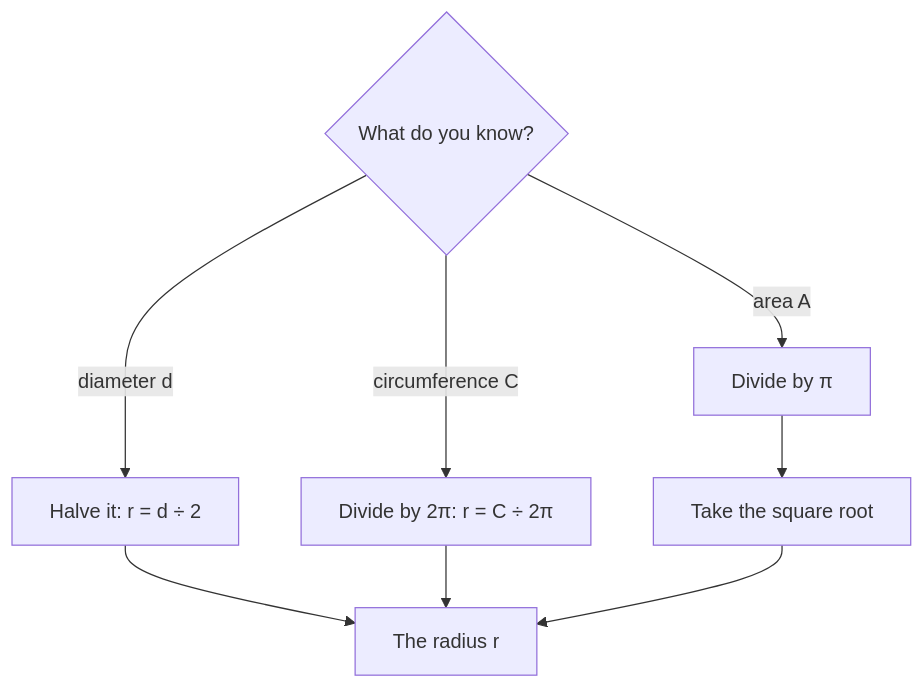
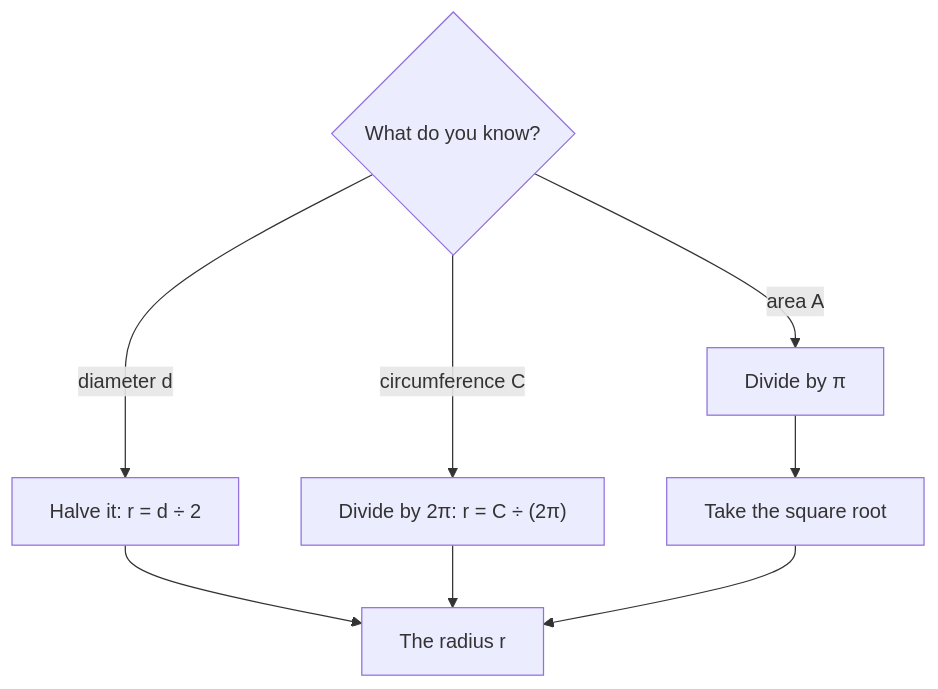
The diagram in content/math/prealgebra/lessons/33-circles.md (Aziliz/erudior), drawn with Mermaid before and after one commit. The commit also changed 107 other files, not shown here.

````diff
--- a/content/math/prealgebra/lessons/33-circles.md
+++ b/content/math/prealgebra/lessons/33-circles.md
@@ -98,12 +98,12 @@
 ```mermaid
 flowchart TD
   accTitle: Finding the radius from what you know
   accDescr: If you know the diameter, halve it to get the radius. If you know the circumference, divide it by 2 pi. If you know the area, divide it by pi and then take the square root. Every path ends with the radius.
   Q{"What do you know?"}
   Q -- "diameter d" --> D["Halve it: r = d ÷ 2"]
-  Q -- "circumference C" --> C["Divide by 2π: r = C ÷ 2π"]
+  Q -- "circumference C" --> C["Divide by 2π: r = C ÷ (2π)"]
   Q -- "area A" --> A1["Divide by π"] --> A2["Take the square root"]
   D --> R["The radius r"]
   C --> R
   A2 --> R
 ```
````
